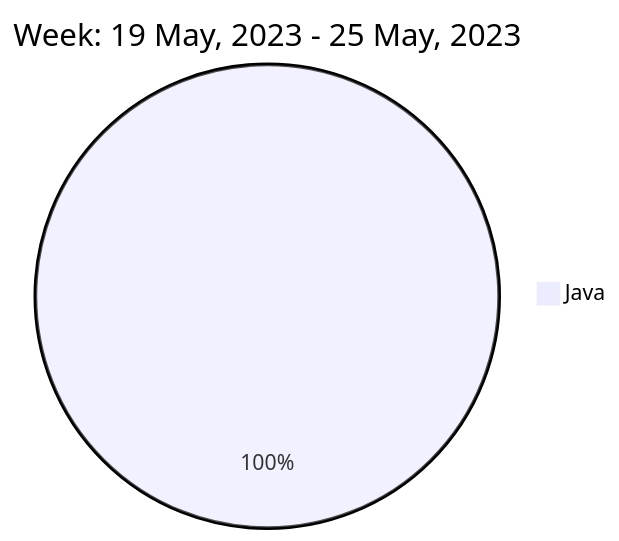
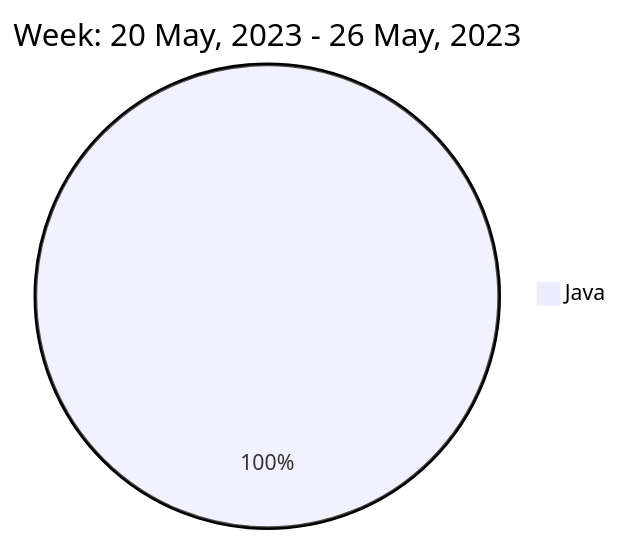
Before and after one commit to liubin95/liubin95: the diagram in README.md, drawn with Mermaid.

Commit message:
Updated the Graph with new Metrics

````diff
--- a/README.md
+++ b/README.md
@@ -40,5 +40,5 @@
 ```mermaid
  pie
-title Week: 19 May, 2023 - 25 May, 2023
- "Java" : 3.08
+title Week: 20 May, 2023 - 26 May, 2023
+ "Java" : 1.7
 ```
````
